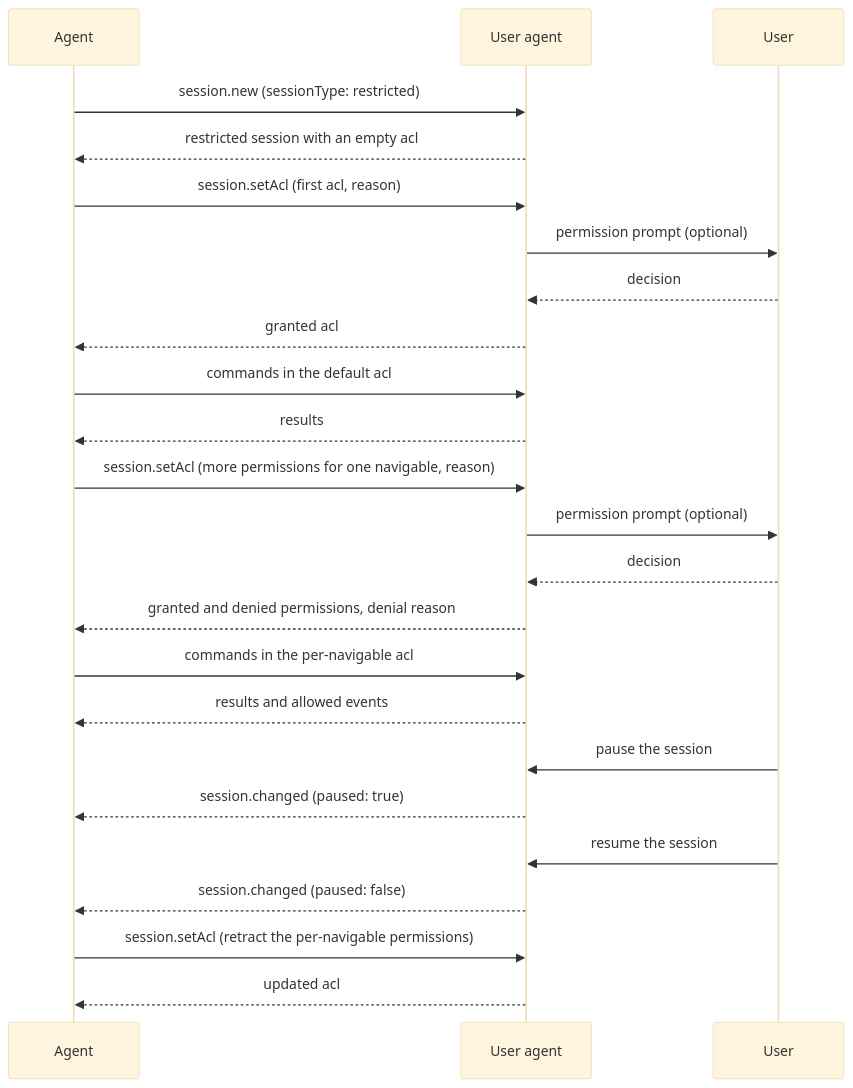
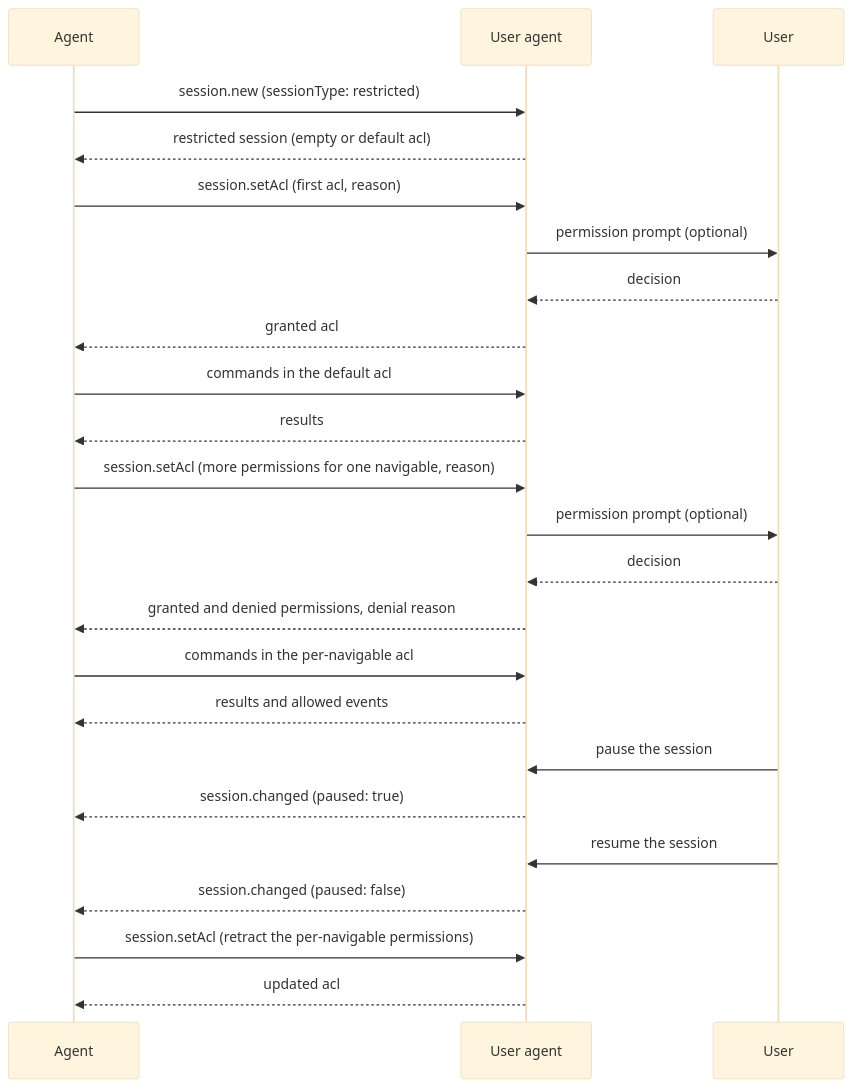
One commit to WICG/agentic-webdriver-bidi changed the diagram in README.md. Above: the diagram before and after it, drawn with Mermaid (base theme). The commit also changed other lines of this file, not shown here.

````diff
--- a/README.md
+++ b/README.md
@@ -353,27 +353,27 @@
 ```mermaid
 sequenceDiagram
     participant Agent
     participant UA as User agent
     participant User
 
     Agent->>UA: session.new (sessionType: restricted)
-    UA-->>Agent: restricted session with an empty acl
+    UA-->>Agent: restricted session (empty or default acl)
     Agent->>UA: session.setAcl (first acl, reason)
     UA->>User: permission prompt (optional)
     User-->>UA: decision
     UA-->>Agent: granted acl
     Agent->>UA: commands in the default acl
     UA-->>Agent: results
     Agent->>UA: session.setAcl (more permissions for one navigable, reason)
     UA->>User: permission prompt (optional)
     User-->>UA: decision
     UA-->>Agent: granted and denied permissions, denial reason
     Agent->>UA: commands in the per-navigable acl
     UA-->>Agent: results and allowed events
     User->>UA: pause the session
     UA-->>Agent: session.changed (paused: true)
     User->>UA: resume the session
     UA-->>Agent: session.changed (paused: false)
     Agent->>UA: session.setAcl (retract the per-navigable permissions)
     UA-->>Agent: updated acl
 ```
````
